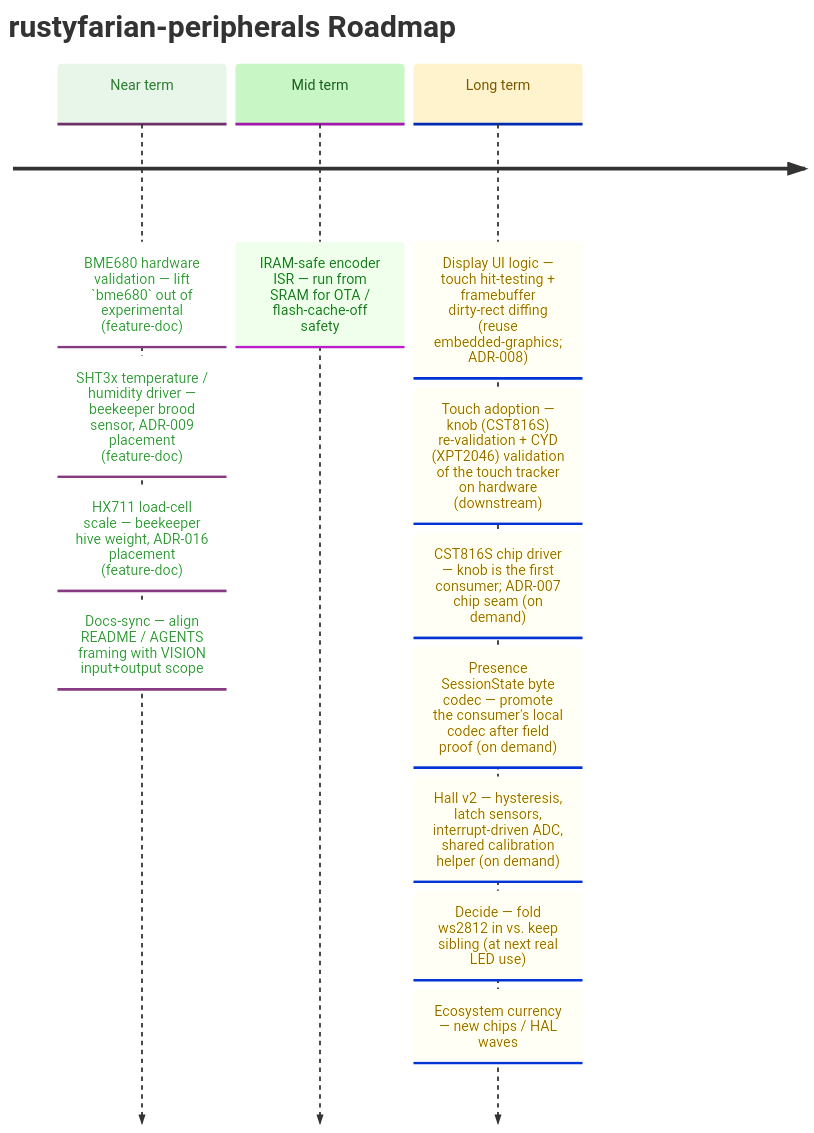
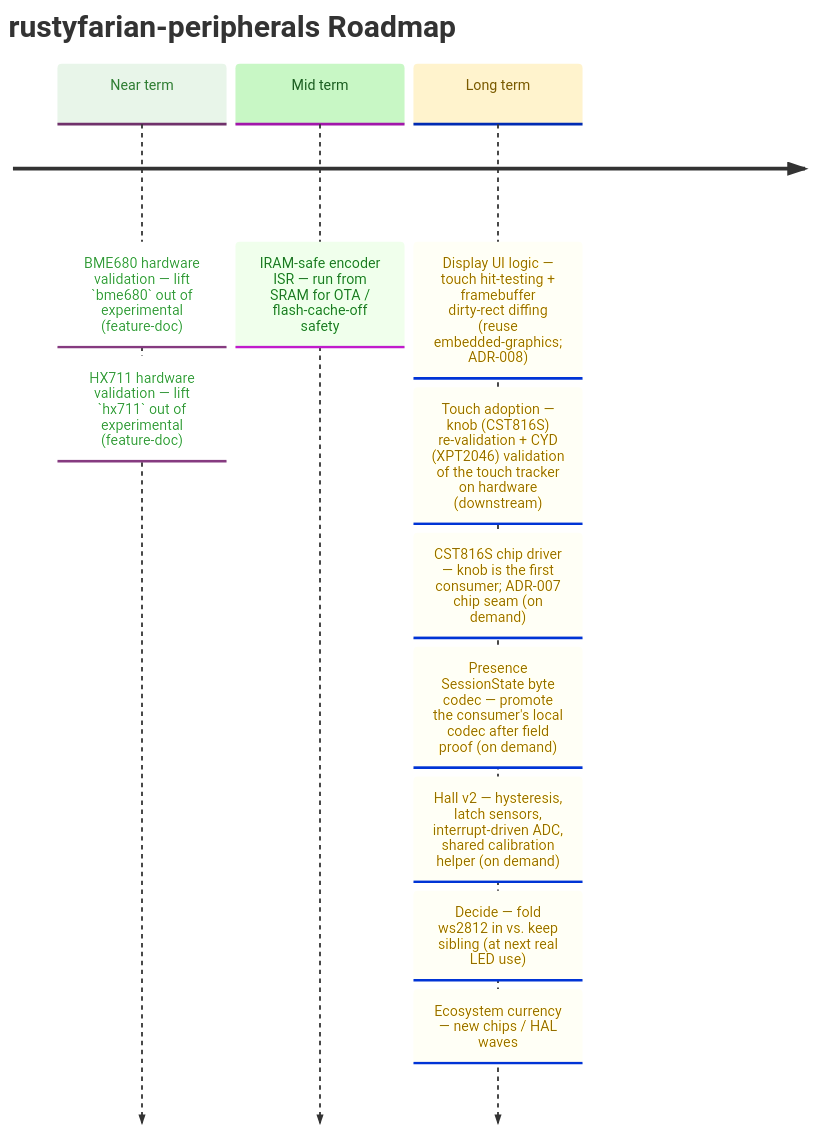
The diagram in docs/ROADMAP.md (datenkollektiv/rustyfarian-peripherals), drawn with Mermaid before and after one commit. The commit also changed other lines of this file and 22 other files, not shown here.

````diff
--- a/docs/ROADMAP.md
+++ b/docs/ROADMAP.md
@@ -10,33 +10,31 @@
 ```mermaid
 %%{init: {
   "theme": "base",
   "themeVariables": {
     "cScale0": "#e8f5e9",
     "cScaleLabel0": "#2e7d32",
     "cScale1": "#c8f7c5",
     "cScaleLabel1": "#1b5e20",
     "cScale2": "#fff3cd",
     "cScaleLabel2": "#7a5a00",
     "cScale3": "#e3f2fd",
     "cScaleLabel3": "#0d47a1"
   }
 }}%%
 
 timeline
     title rustyfarian-peripherals Roadmap
 
     Near term : BME680 hardware validation — lift `bme680` out of experimental (feature-doc)
-              : SHT3x temperature / humidity driver — beekeeper brood sensor, ADR-009 placement (feature-doc)
-              : HX711 load-cell scale — beekeeper hive weight, ADR-016 placement (feature-doc)
-              : Docs-sync — align README / AGENTS framing with VISION input+output scope
+              : HX711 hardware validation — lift `hx711` out of experimental (feature-doc)
 
     Mid term  : IRAM-safe encoder ISR — run from SRAM for OTA / flash-cache-off safety
 
     Long term : Display UI logic — touch hit-testing + framebuffer dirty-rect diffing (reuse embedded-graphics; ADR-008)
               : Touch adoption — knob (CST816S) re-validation + CYD (XPT2046) validation of the touch tracker on hardware (downstream)
               : CST816S chip driver — knob is the first consumer; ADR-007 chip seam (on demand)
               : Presence SessionState byte codec — promote the consumer's local codec after field proof (on demand)
               : Hall v2 — hysteresis, latch sensors, interrupt-driven ADC, shared calibration helper (on demand)
               : Decide — fold ws2812 in vs. keep sibling (at next real LED use)
               : Ecosystem currency — new chips / HAL waves
 ```
````
